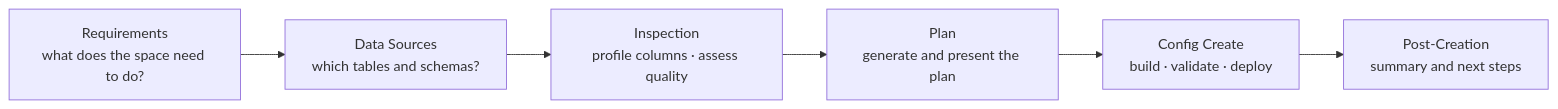
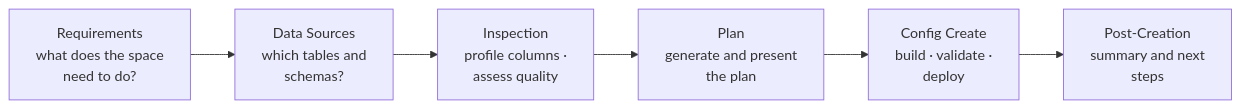
Before and after one commit to adgitdemo/databricks-genie-workbench: the diagram in docs/site/docs/features/create-agent.md, drawn with Mermaid. The commit also changed 8 other files, not shown here.

First line of the commit message:
docs(site): expand Auto-Optimize docs, document the docs site, and enhance diagrams

````diff
--- a/docs/site/docs/features/create-agent.md
+++ b/docs/site/docs/features/create-agent.md
@@ -14,8 +14,8 @@
 ```mermaid
 flowchart LR
-    req["Requirements<br/>what does the space need to do?"] --> ds["Data Sources<br/>which tables and schemas?"]
-    ds --> insp["Inspection<br/>profile columns · assess quality"]
-    insp --> plan["Plan<br/>generate and present the plan"]
-    plan --> cfg["Config Create<br/>build · validate · deploy"]
-    cfg --> post["Post-Creation<br/>summary and next steps"]
+    req["Requirements<br/>what does the space<br/>need to do?"] --> ds["Data Sources<br/>which tables and<br/>schemas?"]
+    ds --> insp["Inspection<br/>profile columns ·<br/>assess quality"]
+    insp --> plan["Plan<br/>generate and present<br/>the plan"]
+    plan --> cfg["Config Create<br/>build · validate ·<br/>deploy"]
+    cfg --> post["Post-Creation<br/>summary and next<br/>steps"]
 ```
````
